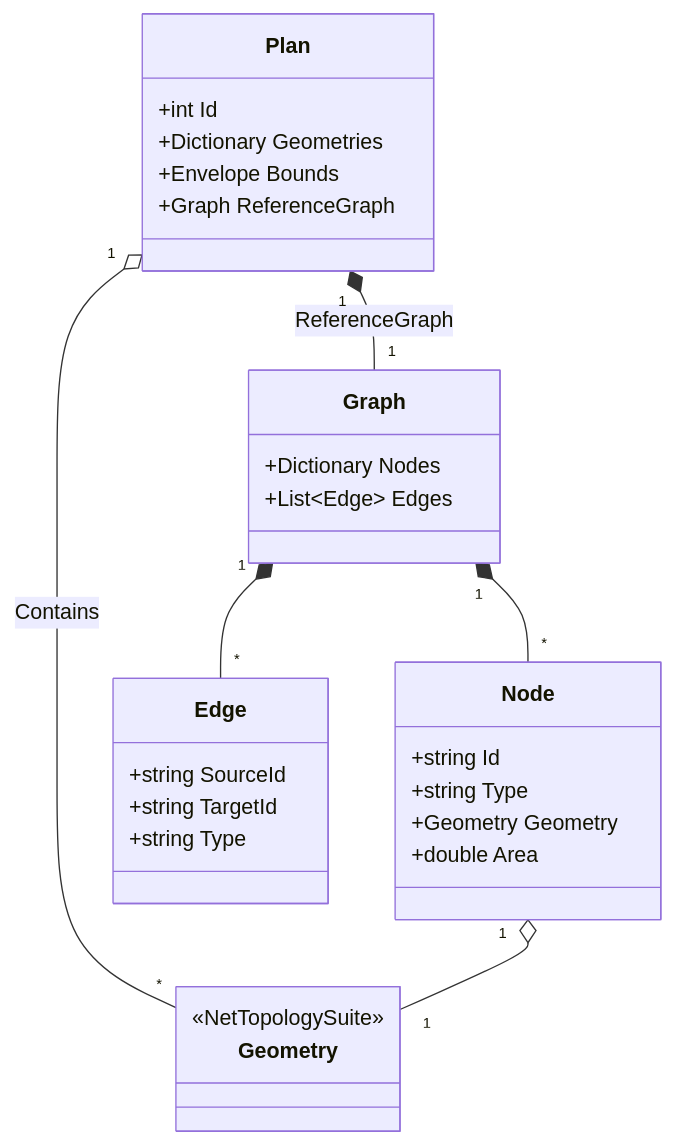
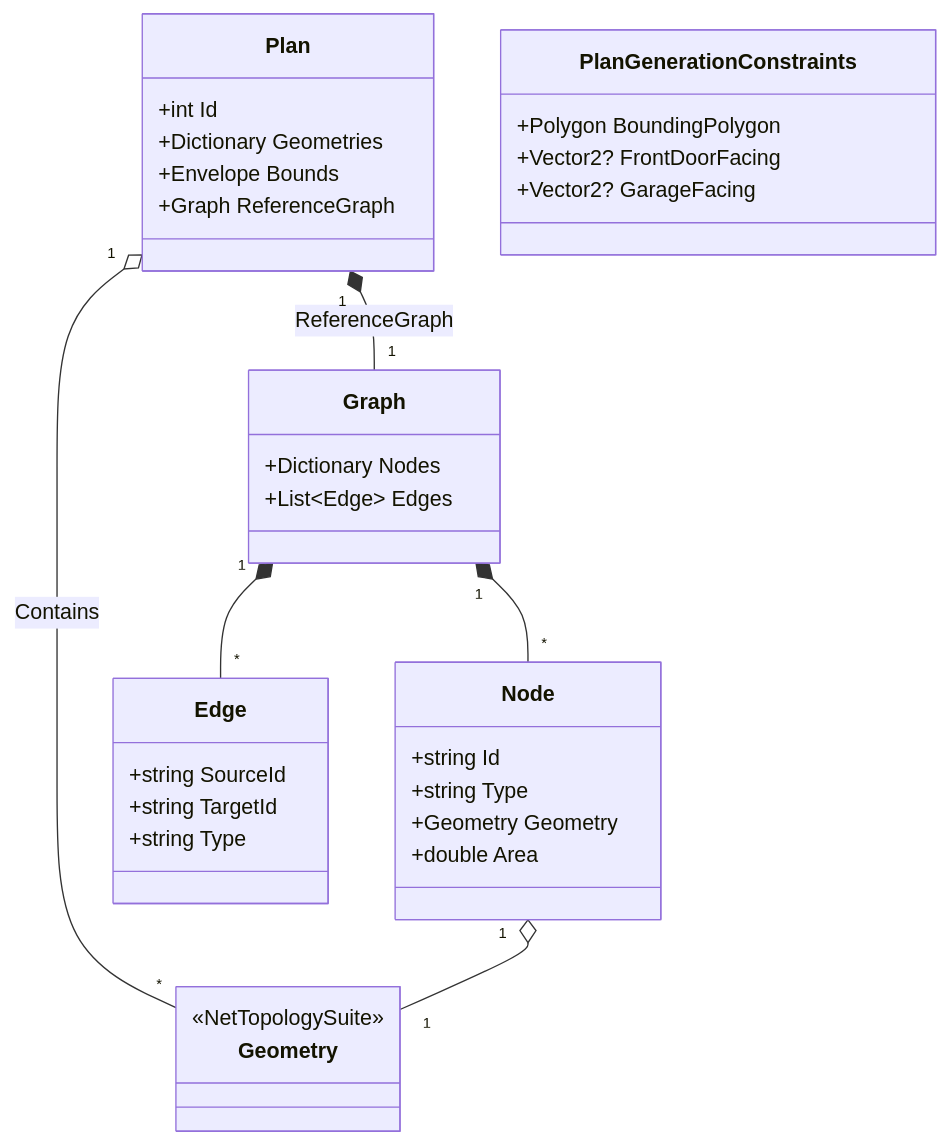
One commit to Xyrces/resPlan.NET changed the third of 3 diagrams in DOCUMENTATION.md. Above: the diagram before and after it, drawn with Mermaid. The commit also changed other lines of this file and 1 other file, not shown here.

First line of the commit message:
docs: document plan generation constraints feature

````diff
--- a/DOCUMENTATION.md
+++ b/DOCUMENTATION.md
@@ -80,37 +80,43 @@
 ```mermaid
 classDiagram
     class Plan {
         +int Id
         +Dictionary Geometries
         +Envelope Bounds
         +Graph ReferenceGraph
+    }
+
+    class PlanGenerationConstraints {
+        +Polygon BoundingPolygon
+        +Vector2? FrontDoorFacing
+        +Vector2? GarageFacing
     }
 
     class Graph {
         +Dictionary Nodes
         +List~Edge~ Edges
     }
 
     class Node {
         +string Id
         +string Type
         +Geometry Geometry
         +double Area
     }
 
     class Edge {
         +string SourceId
         +string TargetId
         +string Type
     }
 
     class Geometry {
         <<NetTopologySuite>>
     }
 
     Plan "1" *-- "1" Graph : ReferenceGraph
     Plan "1" o-- "*" Geometry : Contains
     Graph "1" *-- "*" Node
     Graph "1" *-- "*" Edge
     Node "1" o-- "1" Geometry
 ```
````
